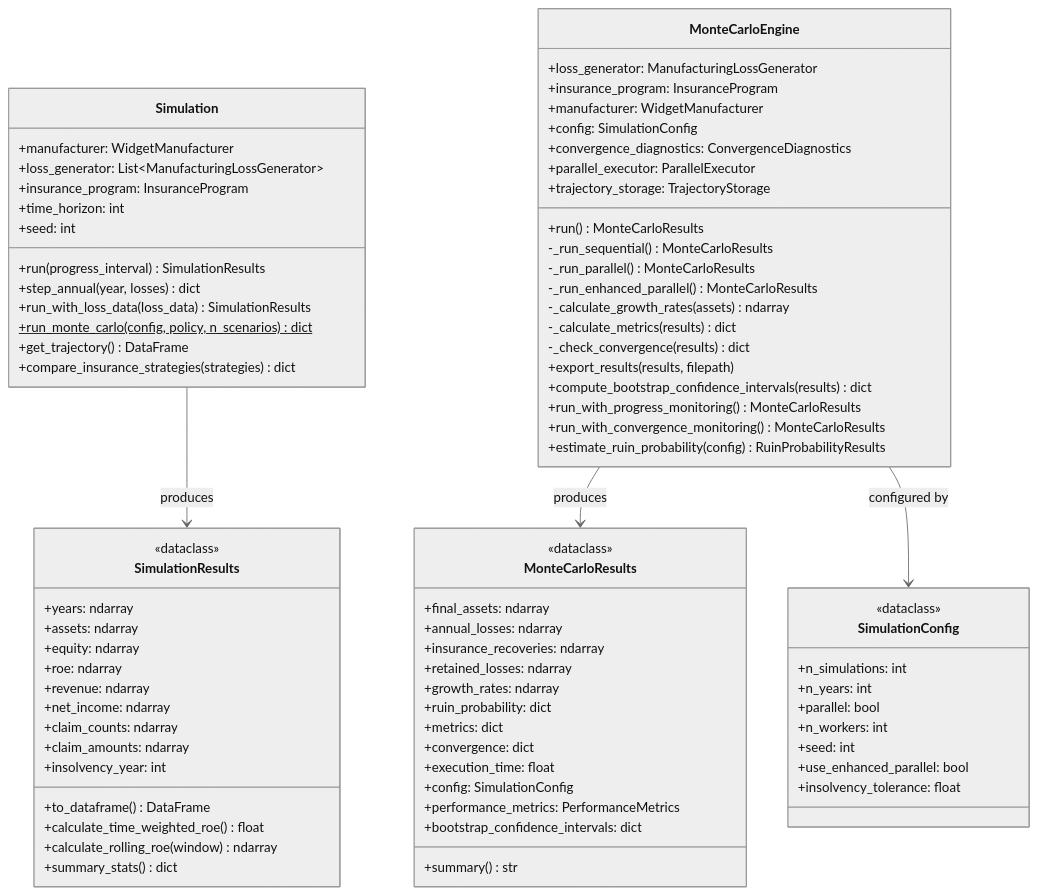
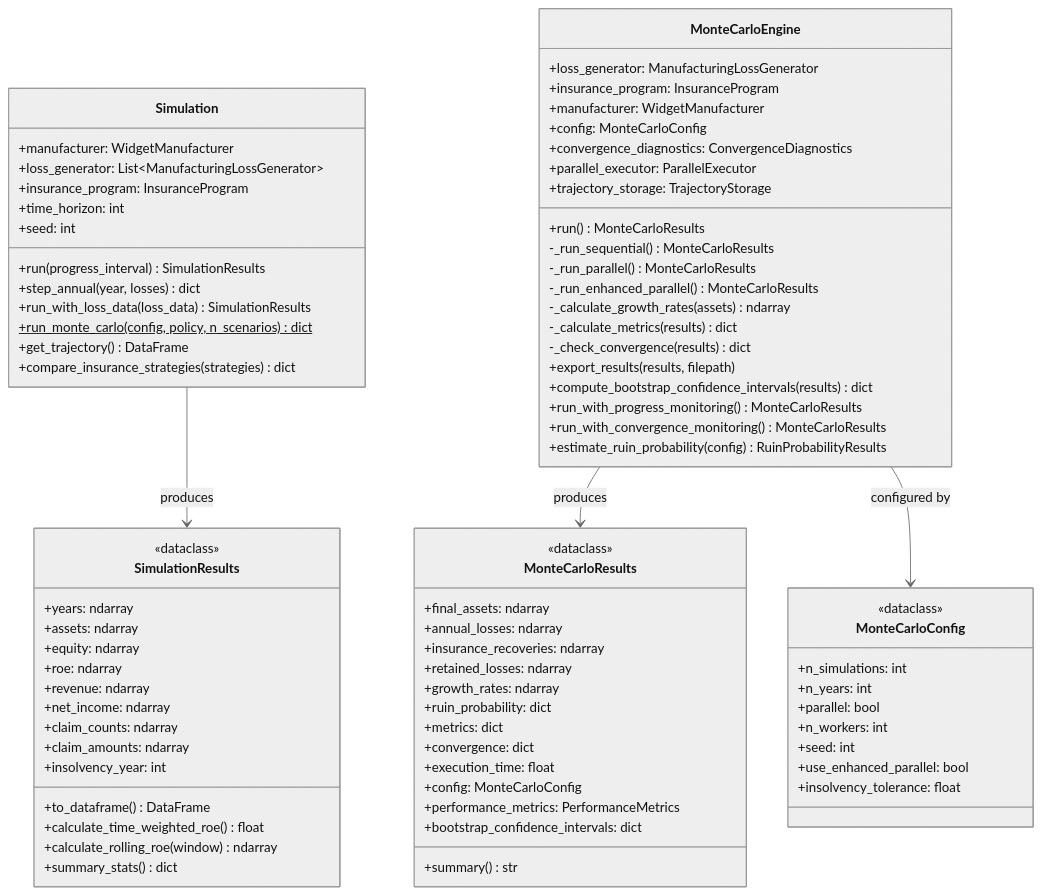
Before and after one commit to AlexFiliakov/Ergodic-Insurance-Limits: the fifth of 6 diagrams in ergodic_insurance/docs/architecture/class_diagrams/core_classes.md, drawn with Mermaid (neutral theme). The commit also changed other lines of this file and 295 other files, not shown here.

````diff
--- a/ergodic_insurance/docs/architecture/class_diagrams/core_classes.md
+++ b/ergodic_insurance/docs/architecture/class_diagrams/core_classes.md
@@ -424,7 +424,7 @@
         +loss_generator: ManufacturingLossGenerator
         +insurance_program: InsuranceProgram
         +manufacturer: WidgetManufacturer
-        +config: SimulationConfig
+        +config: MonteCarloConfig
         +convergence_diagnostics: ConvergenceDiagnostics
         +parallel_executor: ParallelExecutor
         +trajectory_storage: TrajectoryStorage
@@ -453,13 +453,13 @@
         +metrics: dict
         +convergence: dict
         +execution_time: float
-        +config: SimulationConfig
+        +config: MonteCarloConfig
         +performance_metrics: PerformanceMetrics
         +bootstrap_confidence_intervals: dict
         +summary() str
     }
 
-    class SimulationConfig {
+    class MonteCarloConfig {
         <<dataclass>>
         +n_simulations: int
         +n_years: int
@@ -472,5 +472,5 @@
 
     Simulation --> SimulationResults : produces
     MonteCarloEngine --> MonteCarloResults : produces
-    MonteCarloEngine --> SimulationConfig : configured by
+    MonteCarloEngine --> MonteCarloConfig : configured by
 ```
````
